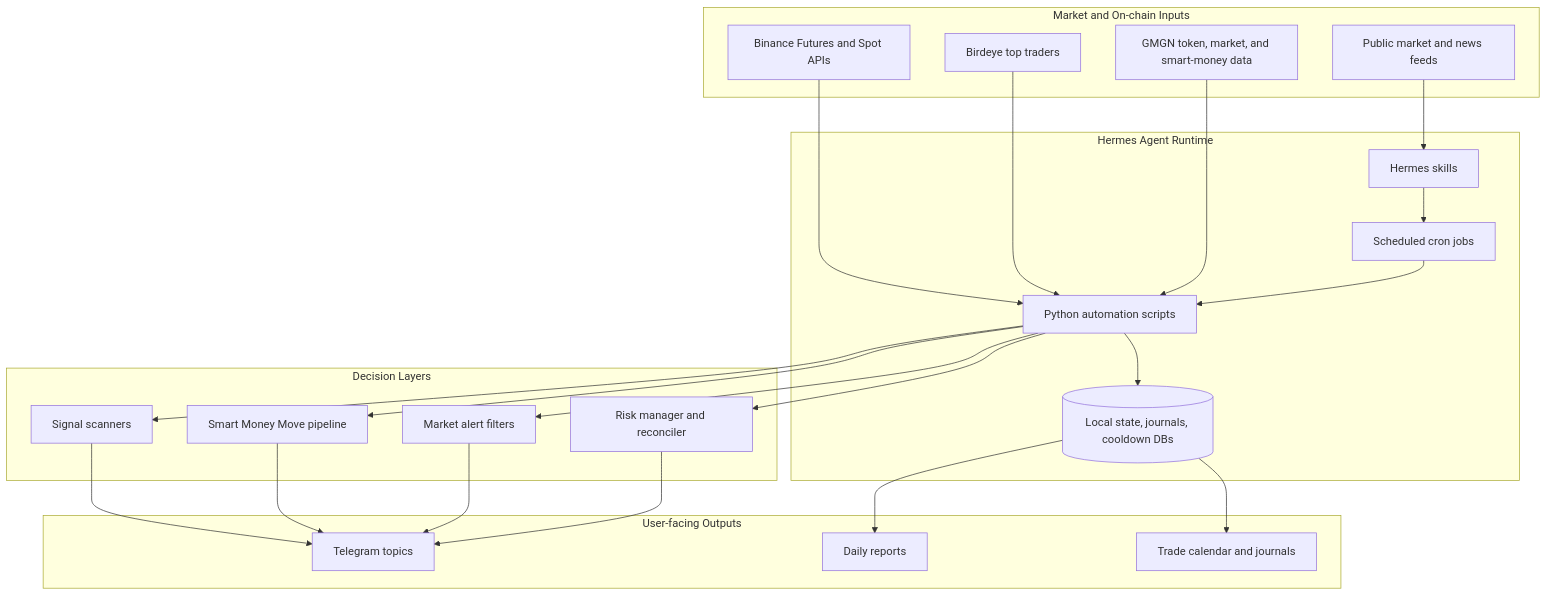
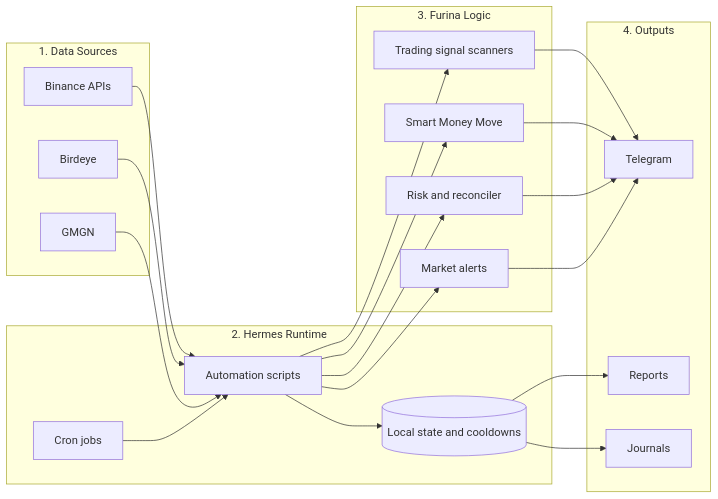
Before and after one commit to rexxlite/furina-skill: the second of 2 diagrams in docs/diagrams/system-architecture.md, drawn with Mermaid. The commit also changed other lines of this file and 3 other files, not shown here.

Commit message:
docs: improve diagram readability

````diff
--- a/docs/diagrams/system-architecture.md
+++ b/docs/diagrams/system-architecture.md
@@ -5,47 +32,43 @@
 ```mermaid
-flowchart TB
-    subgraph Inputs[Market and On-chain Inputs]
-        Binance[Binance Futures and Spot APIs]
-        Birdeye[Birdeye top traders]
-        GMGN[GMGN token, market, and smart-money data]
-        PublicFeeds[Public market and news feeds]
+flowchart LR
+    subgraph Data[1. Data Sources]
+        Binance[Binance APIs]
+        Birdeye[Birdeye]
+        GMGN[GMGN]
     end
 
-    subgraph Runtime[Hermes Agent Runtime]
-        Skills[Hermes skills]
-        Cron[Scheduled cron jobs]
-        Scripts[Python automation scripts]
-        State[(Local state, journals, cooldown DBs)]
+    subgraph Hermes[2. Hermes Runtime]
+        Cron[Cron jobs]
+        Scripts[Automation scripts]
+        State[(Local state and cooldowns)]
     end
 
-    subgraph Intelligence[Decision Layers]
-        Scanners[Signal scanners]
-        SmartMoney[Smart Money Move pipeline]
-        Alerts[Market alert filters]
-        Risk[Risk manager and reconciler]
+    subgraph Furina[3. Furina Logic]
+        Signals[Trading signal scanners]
+        Smart[Smart Money Move]
+        Risk[Risk and reconciler]
+        Alerts[Market alerts]
     end
 
-    subgraph Outputs[User-facing Outputs]
-        Telegram[Telegram topics]
-        Reports[Daily reports]
-        Journal[Trade calendar and journals]
+    subgraph User[4. Outputs]
+        TG[Telegram]
+        Reports[Reports]
+        Journals[Journals]
     end
 
     Binance --> Scripts
     Birdeye --> Scripts
     GMGN --> Scripts
-    PublicFeeds --> Skills
-    Skills --> Cron
     Cron --> Scripts
     Scripts --> State
-    Scripts --> Scanners
-    Scripts --> SmartMoney
+    Scripts --> Signals
+    Scripts --> Smart
+    Scripts --> Risk
     Scripts --> Alerts
-    Scripts --> Risk
-    Scanners --> Telegram
-    SmartMoney --> Telegram
-    Alerts --> Telegram
-    Risk --> Telegram
+    Signals --> TG
+    Smart --> TG
+    Risk --> TG
+    Alerts --> TG
     State --> Reports
-    State --> Journal
+    State --> Journals
 ```
````
